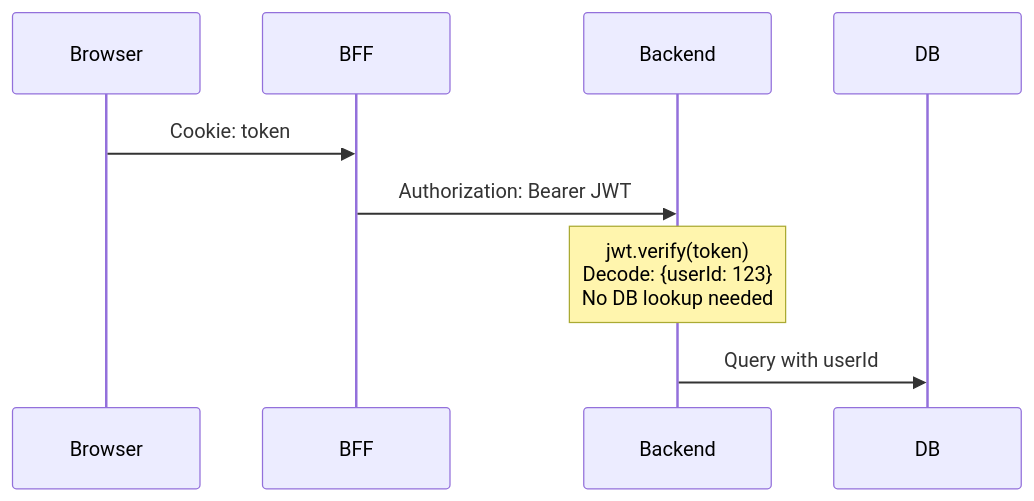
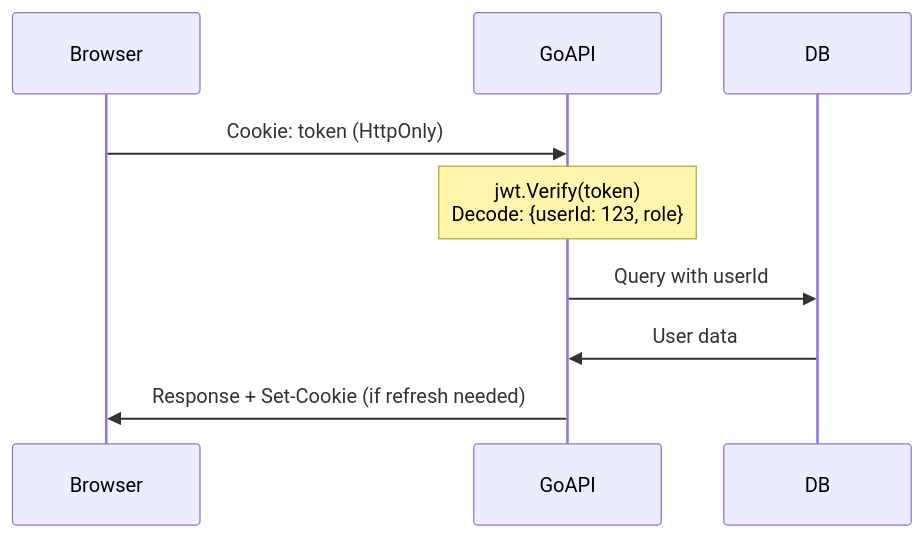
The eighth of 11 diagrams in docs/ARCHITECTURE.md (idtazkia/website-stmik), drawn with Mermaid before and after one commit. The commit also changed other lines of this file and 3 other files, not shown here.

First line of the commit message:
Update architecture to use VPS with Go and PostgreSQL

````diff
--- a/docs/ARCHITECTURE.md
+++ b/docs/ARCHITECTURE.md
@@ -403,7 +412,8 @@
 ```mermaid
 sequenceDiagram
-    Browser->>BFF: Cookie: token
-    BFF->>Backend: Authorization: Bearer JWT
-    Note over Backend: jwt.verify(token)<br/>Decode: {userId: 123}<br/>No DB lookup needed
-    Backend->>DB: Query with userId
+    Browser->>GoAPI: Cookie: token (HttpOnly)
+    Note over GoAPI: jwt.Verify(token)<br/>Decode: {userId: 123, role}
+    GoAPI->>DB: Query with userId
+    DB->>GoAPI: User data
+    GoAPI->>Browser: Response + Set-Cookie (if refresh needed)
 ```
````
